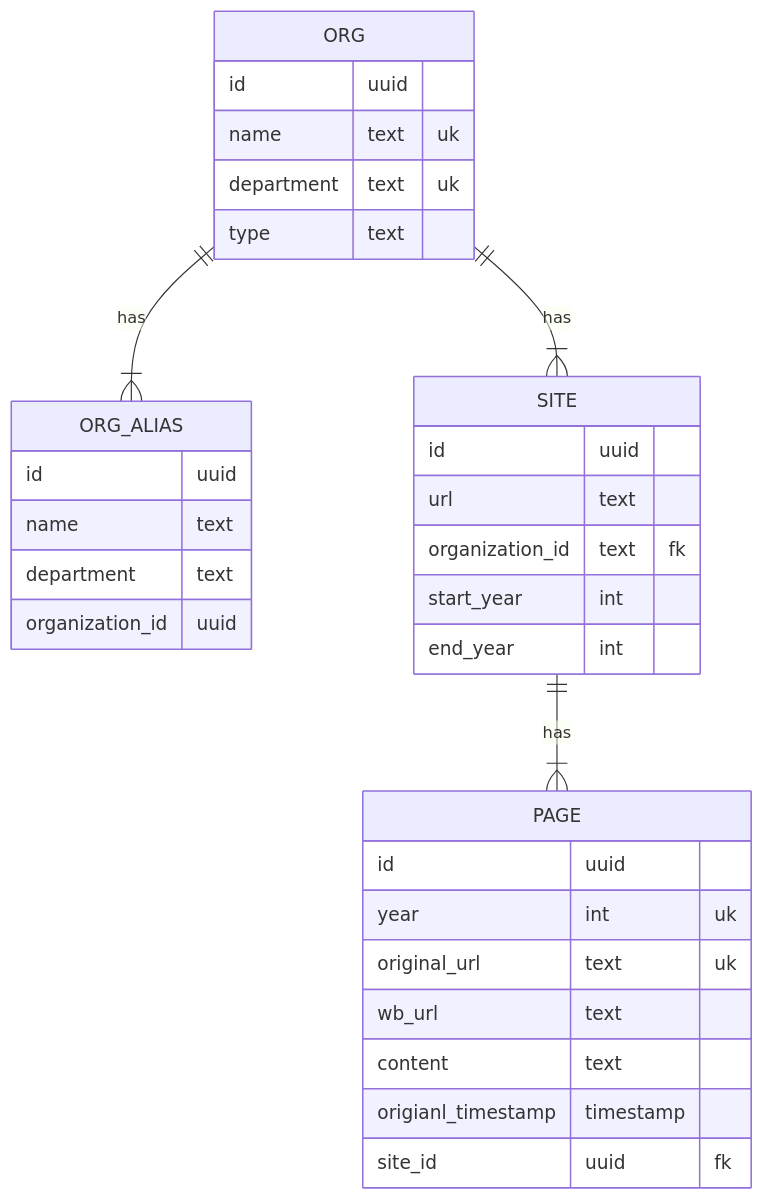
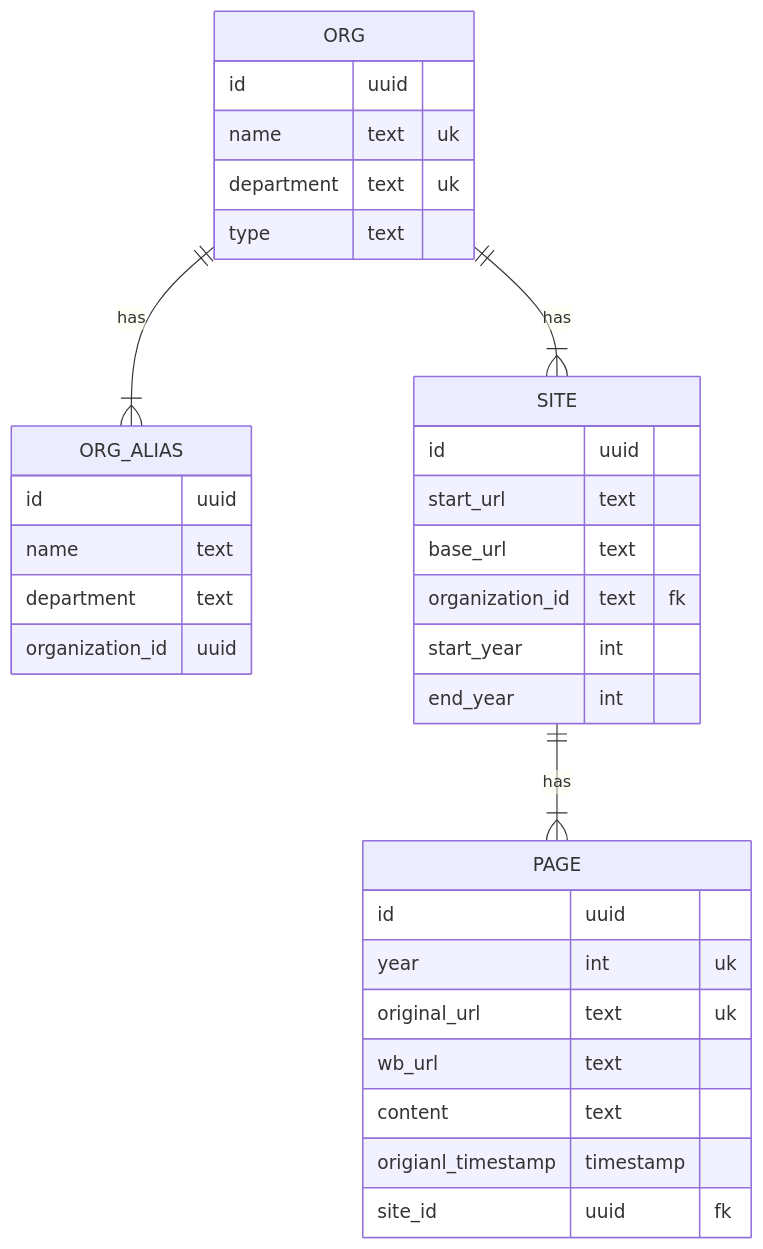
The diagram in README.md (MrDiggles2/cru-scrape), drawn with Mermaid before and after one commit. The commit also changed other lines of this file and 5 other files, not shown here.

````diff
--- a/README.md
+++ b/README.md
@@ -84,38 +89,39 @@
 ```mermaid
 erDiagram
   ORG {
     id uuid
     name text uk
     department text uk
     type text
   }
   
   ORG_ALIAS {
   	id uuid
   	name text
 		department text
 		organization_id uuid
   }
 
   SITE {
     id uuid
-    url text
+    start_url text
+    base_url text
     organization_id text fk
     start_year int
     end_year int
   }
 
   PAGE {
     id uuid
     year int uk
     original_url text uk
     wb_url text
     content text
     origianl_timestamp timestamp
     site_id uuid fk
   }
   
   ORG ||--|{ SITE: has
   ORG ||--|{ ORG_ALIAS: has
   SITE ||--|{ PAGE: has
 ```
````
